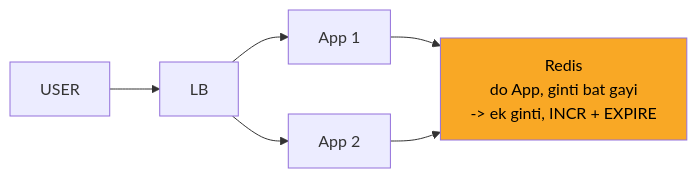
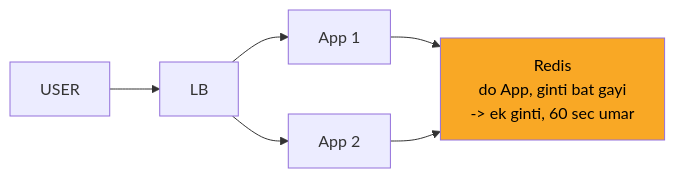
Before and after one commit to ArpanMaheshwari144/Prep: the second of 11 diagrams in 04_HLD/SYSTEM_DESIGNS/02_rate_limiter/02_rate_limiter.md, drawn with Mermaid. The commit also changed other lines of this file and 1 other file, not shown here.

````diff
--- a/04_HLD/SYSTEM_DESIGNS/02_rate_limiter/02_rate_limiter.md
+++ b/04_HLD/SYSTEM_DESIGNS/02_rate_limiter/02_rate_limiter.md
@@ -119,14 +119,14 @@
 ```mermaid
 flowchart LR
     n_USER["USER"]
     n_LB["LB"]
     n_App_x_N_1["App 1"]
     n_App_x_N_2["App 2"]
-    n_Redis["Redis<br/>do App, ginti bat gayi<br/>-> ek ginti, INCR + EXPIRE"]
+    n_Redis["Redis<br/>do App, ginti bat gayi<br/>-> ek ginti, 60 sec umar"]
     n_USER --> n_LB
     n_LB --> n_App_x_N_1
     n_LB --> n_App_x_N_2
     n_App_x_N_1 --> n_Redis
     n_App_x_N_2 --> n_Redis
     style n_Redis fill:#f9a825,color:#000
 ```
````
